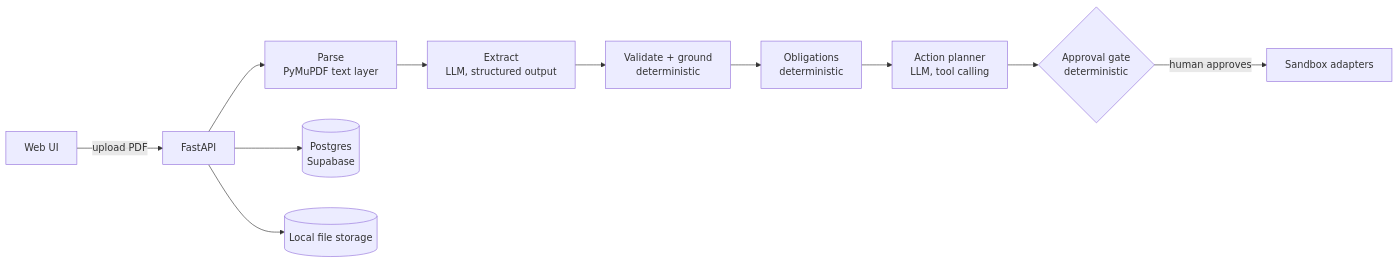
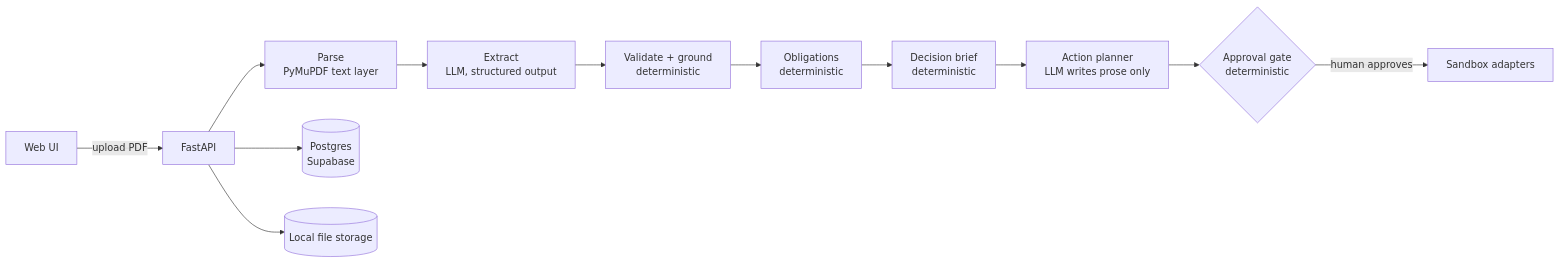
One commit to AmaanIlahi/Paperbound changed the diagram in README.md. Above: the diagram before and after it, drawn with Mermaid. The commit also changed other lines of this file and 33 other files, not shown here.

Commit message:
Part 4: decision brief, meaningful actions, source link fix

````diff
--- a/README.md
+++ b/README.md
@@ -20,13 +22,14 @@
 ```mermaid
 flowchart LR
   UI[Web UI] -->|upload PDF| API[FastAPI]
   API --> P[Parse<br/>PyMuPDF text layer]
   P --> X[Extract<br/>LLM, structured output]
   X --> V[Validate + ground<br/>deterministic]
   V --> O[Obligations<br/>deterministic]
-  O --> PL[Action planner<br/>LLM, tool calling]
+  O --> I[Decision brief<br/>deterministic]
+  I --> PL[Action planner<br/>LLM writes prose only]
   PL --> G{Approval gate<br/>deterministic}
   G -->|human approves| AD[Sandbox adapters]
   API --> DB[(Postgres<br/>Supabase)]
   API --> S[(Local file storage)]
 ```
````
